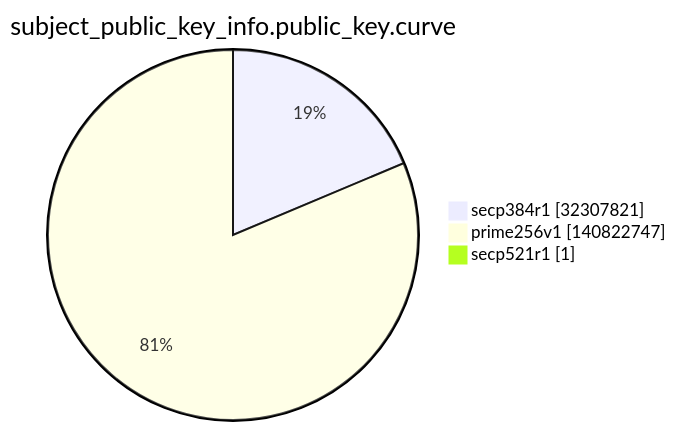
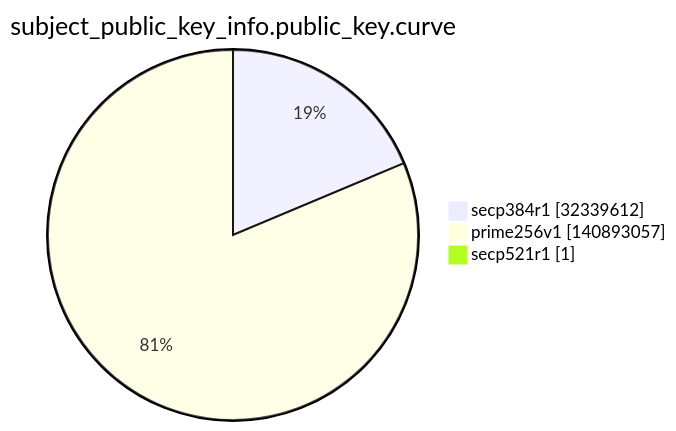
The ninth of 15 diagrams in argon2022/README.md (christiankrug/ctmonitor_visualization), drawn with Mermaid before and after one commit. The commit also changed other lines of this file, not shown here.

````diff
--- a/argon2022/README.md
+++ b/argon2022/README.md
@@ -2762,7 +2762,7 @@
 ```mermaid
 pie showData
 title subject_public_key_info.public_key.curve
-"secp384r1" :32307821
-"prime256v1" :140822747
+"secp384r1" :32339612
+"prime256v1" :140893057
 "secp521r1" :1
 ```
````
